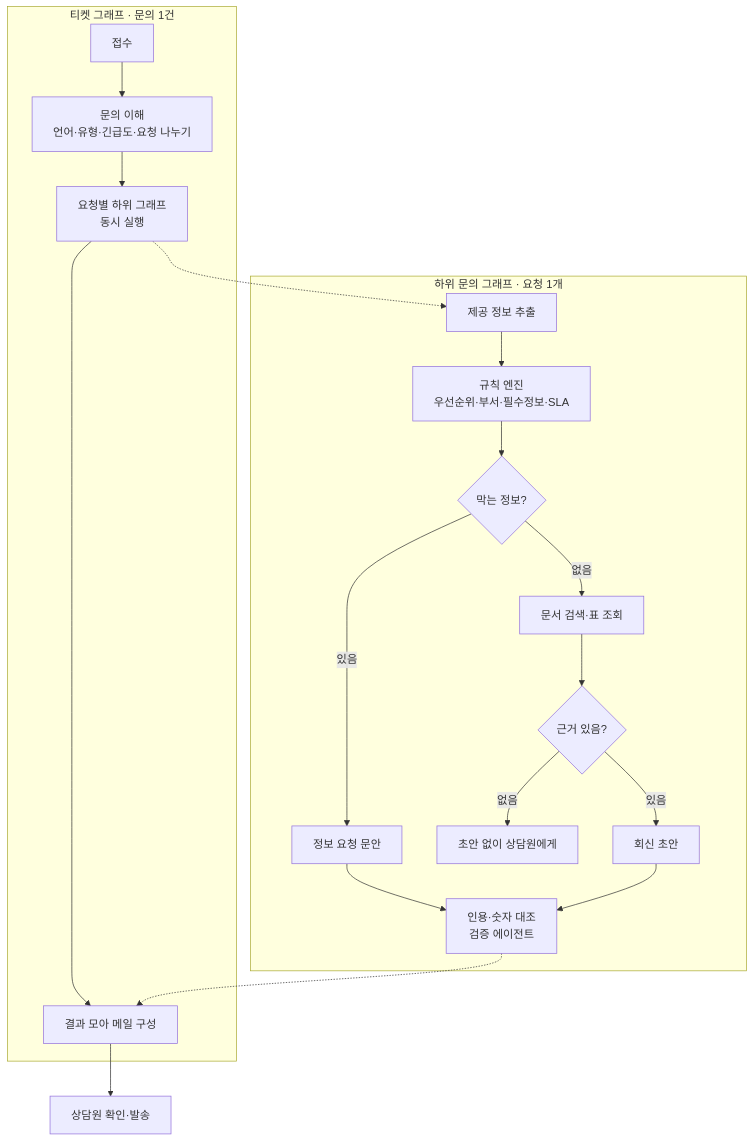
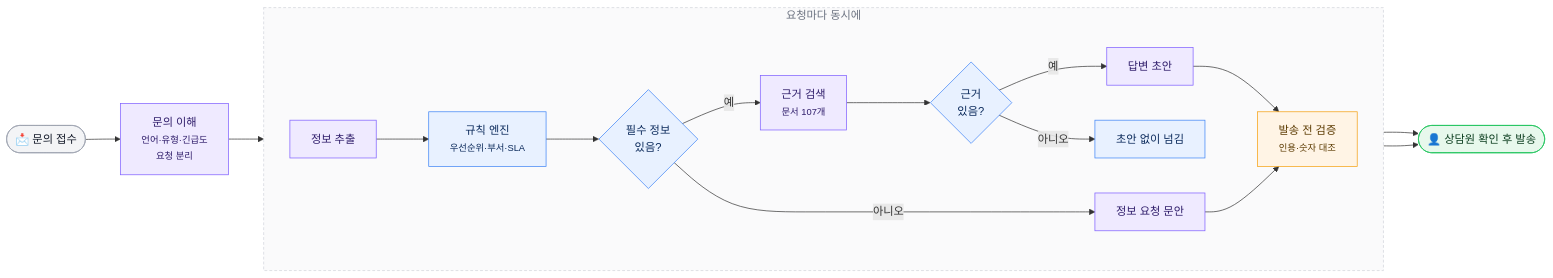
The second of 3 diagrams in README.md (SongjuNa/cs-agent-service), drawn with Mermaid before and after one commit. The commit also changed other lines of this file and 1 other file, not shown here.

Commit message:
docs: 시스템 구성도와 처리 흐름 그림 개선

````diff
--- a/README.md
+++ b/README.md
@@ -162,21 +151,28 @@
 ```mermaid
-flowchart TB
-    subgraph T[티켓 그래프 · 문의 1건]
-        T1[접수] --> T2[문의 이해<br/>언어·유형·긴급도·요청 나누기]
-        T2 --> T3[요청별 하위 그래프<br/>동시 실행]
-        T3 --> T4[결과 모아 메일 구성]
+flowchart LR
+    IN([📩 문의 접수]):::io --> U["문의 이해<br/><small>언어·유형·긴급도<br/>요청 분리</small>"]:::ai
+    U --> X
+
+    subgraph SUB[" 요청마다 동시에 "]
+        direction LR
+        X[정보 추출]:::ai --> RULE["규칙 엔진<br/><small>우선순위·부서·SLA</small>"]:::rule
+        RULE --> D1{필수 정보<br/>있음?}:::rule
+        D1 -->|예| SR["근거 검색<br/><small>문서 107개</small>"]:::ai
+        D1 -->|아니오| ASK[정보 요청 문안]:::ai
+        SR --> D2{근거<br/>있음?}:::rule
+        D2 -->|예| DR[답변 초안]:::ai
+        D2 -->|아니오| NO[초안 없이 넘김]:::rule
+        DR --> CK["발송 전 검증<br/><small>인용·숫자 대조</small>"]:::check
+        ASK --> CK
     end
-    subgraph Q[하위 문의 그래프 · 요청 1개]
-        Q1[제공 정보 추출] --> Q2[규칙 엔진<br/>우선순위·부서·필수정보·SLA]
-        Q2 --> Q3{막는 정보?}
-        Q3 -->|있음| Q4[정보 요청 문안]
-        Q3 -->|없음| Q5[문서 검색·표 조회]
-        Q5 --> Q6{근거 있음?}
-        Q6 -->|없음| Q7[초안 없이 상담원에게]
-        Q6 -->|있음| Q8[회신 초안]
-        Q4 & Q8 --> Q9[인용·숫자 대조<br/>검증 에이전트]
-    end
-    T3 -.-> Q1
-    Q9 -.-> T4
-    T4 --> H[상담원 확인·발송]
+
+    CK --> HU([👤 상담원 확인 후 발송]):::human
+    NO --> HU
+
+    classDef io fill:#F3F4F6,stroke:#9CA3AF,color:#111827
+    classDef ai fill:#EFEAFF,stroke:#7C5CFF,color:#2D1B69
+    classDef rule fill:#E8F1FF,stroke:#3B82F6,color:#0B2A5B
+    classDef check fill:#FFF4E5,stroke:#F59E0B,color:#5B3A00
+    classDef human fill:#E7F8EC,stroke:#22C55E,color:#0B3D1E
+    style SUB fill:#FAFAFB,stroke:#D1D5DB,stroke-dasharray:4 3,color:#6B7280
 ```
````
